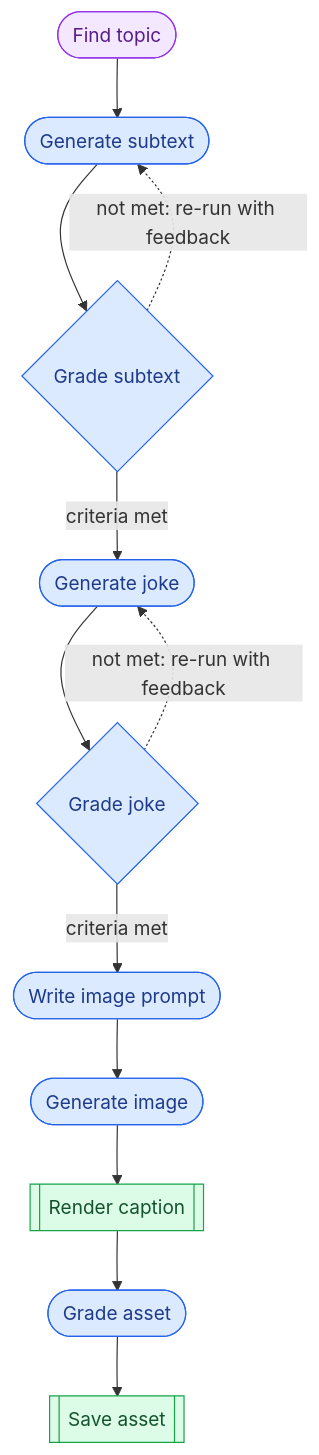
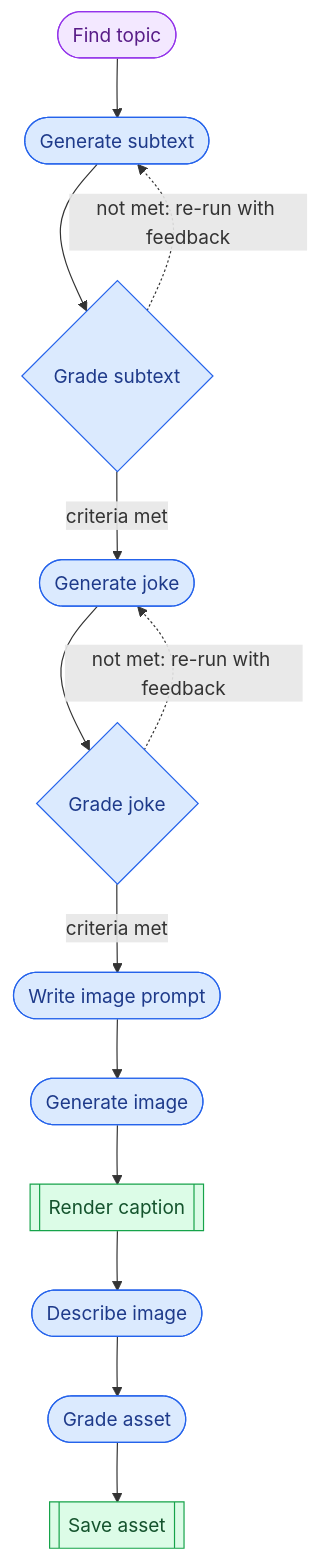
One commit to hankehly/comedy-factory changed the diagram in README.md. Above: the diagram before and after it, drawn with Mermaid. The commit also changed other lines of this file and 6 other files, not shown here.

````diff
--- a/README.md
+++ b/README.md
@@ -7,25 +7,26 @@
 ```mermaid
 flowchart TD
     classDef agent fill:#f3e8ff,stroke:#9333ea,color:#581c87
     classDef llm fill:#dbeafe,stroke:#2563eb,color:#1e3a8a
     classDef system fill:#dcfce7,stroke:#16a34a,color:#14532d
 
     s1(["Find topic"]):::agent
     s2(["Generate subtext"]):::llm
     s3{"Grade subtext"}:::llm
     s4(["Generate joke"]):::llm
     s5{"Grade joke"}:::llm
     s6(["Write image prompt"]):::llm
     s7(["Generate image"]):::llm
     s8[["Render caption"]]:::system
-    s9(["Grade asset"]):::llm
-    s10[["Save asset"]]:::system
+    s9(["Describe image"]):::llm
+    s10(["Grade asset"]):::llm
+    s11[["Save asset"]]:::system
 
     s1 --> s2 --> s3
     s3 -- criteria met --> s4
     s3 -. "not met: re-run with feedback" .-> s2
     s4 --> s5
     s5 -- criteria met --> s6
     s5 -. "not met: re-run with feedback" .-> s4
-    s6 --> s7 --> s8 --> s9 --> s10
+    s6 --> s7 --> s8 --> s9 --> s10 --> s11
 ```
````
